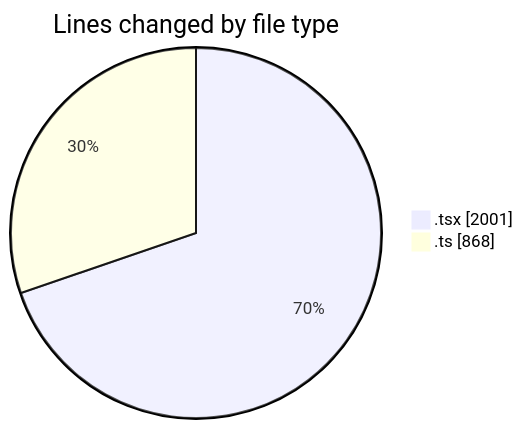
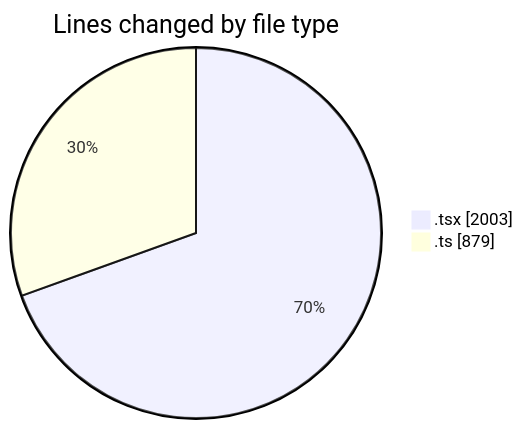
One commit to nxtqubesakshisongat/code-tracking changed the first of 2 diagrams in 2026-02-27/nxtqube_webapp/README.md. Above: the diagram before and after it, drawn with Mermaid. The commit also changed other lines of this file and 1 other file, not shown here.

````diff
--- a/2026-02-27/nxtqube_webapp/README.md
+++ b/2026-02-27/nxtqube_webapp/README.md
@@ -25,6 +25,6 @@
 ```mermaid
 pie showData
 title Lines changed by file type
-".tsx" : 2001
-".ts" : 868
+".tsx" : 2003
+".ts" : 879
 ```
````
